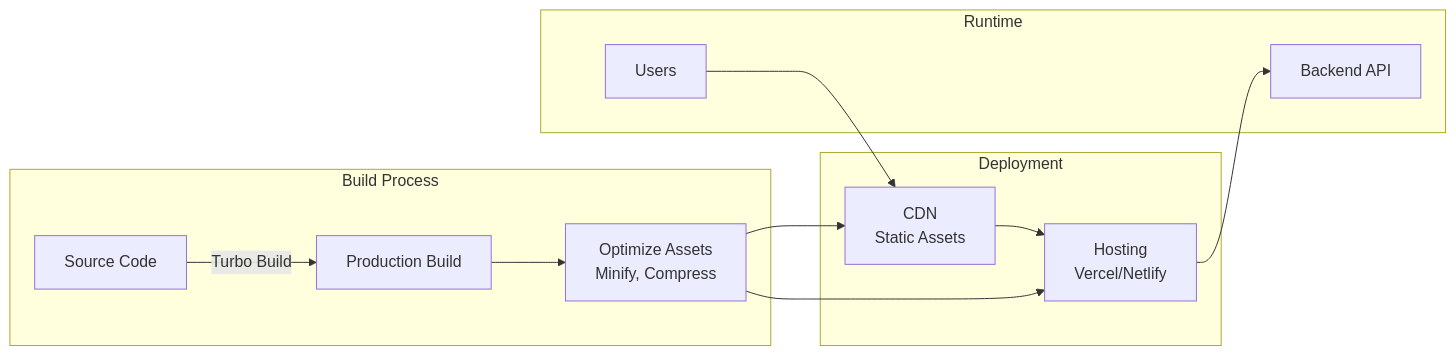
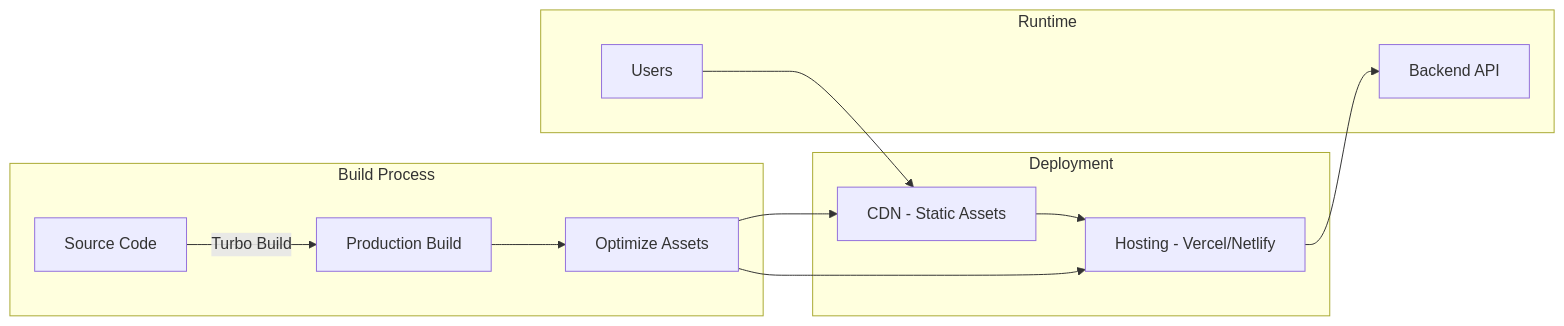
One commit to devnguyen0111/cryoweb changed diagram 12 of 12 in ARCHITECTURE_OVERVIEW.md. Above: the diagram before and after it, drawn with Mermaid. The commit also changed other lines of this file, not shown here.

Commit message:
Refactor architecture overview: update component descriptions in diagrams for clarity and consistency, enhancing readability of the application structure and technology stack.

````diff
--- a/ARCHITECTURE_OVERVIEW.md
+++ b/ARCHITECTURE_OVERVIEW.md
@@ -582,18 +582,18 @@
 ```mermaid
 graph LR
     subgraph "Build Process"
-        Source[Source Code] -->|Turbo Build| Build[Production Build]
-        Build --> Optimize[Optimize Assets<br/>Minify, Compress]
+        Source["Source Code"] -->|Turbo Build| Build["Production Build"]
+        Build --> Optimize["Optimize Assets"]
     end
 
     subgraph "Deployment"
-        Optimize --> CDN[CDN<br/>Static Assets]
-        Optimize --> Host[Hosting<br/>Vercel/Netlify]
+        Optimize --> CDN["CDN - Static Assets"]
+        Optimize --> Host["Hosting - Vercel/Netlify"]
     end
 
     subgraph "Runtime"
-        User[Users] --> CDN
+        User["Users"] --> CDN
         CDN --> Host
-        Host --> API[Backend API]
+        Host --> API["Backend API"]
     end
 ```
````
